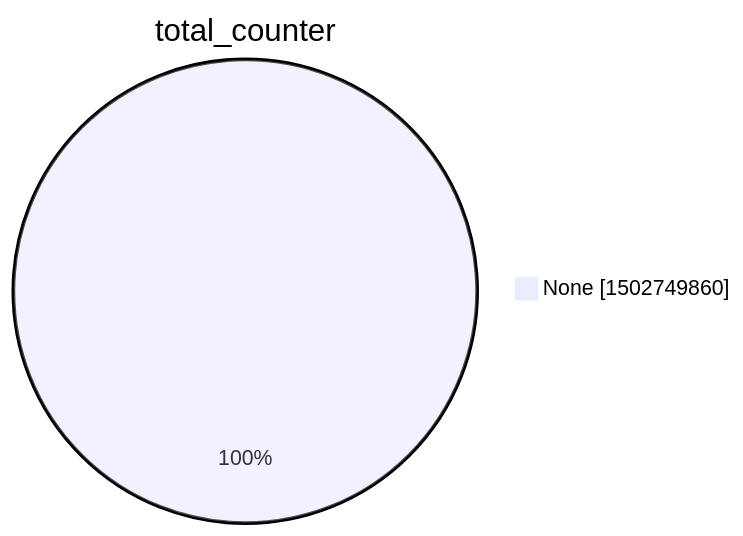
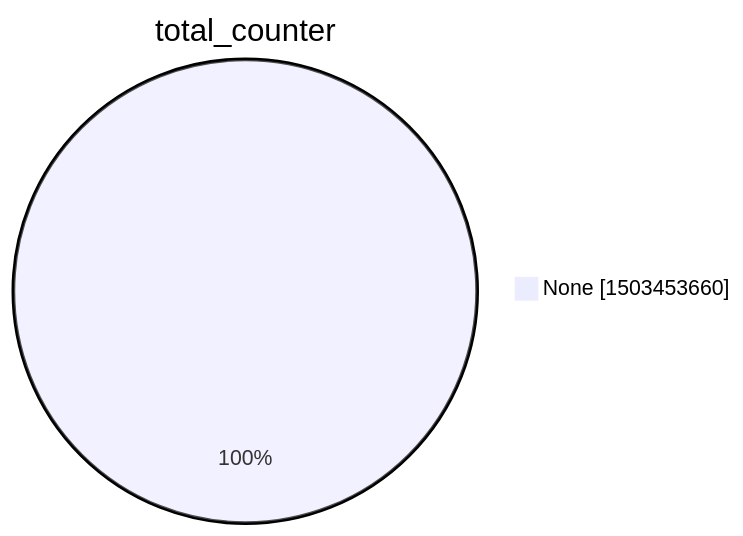
The second of 15 diagrams in xenon2022/README.md (christiankrug/ctmonitor_visualization), drawn with Mermaid before and after one commit. The commit also changed other lines of this file, not shown here.

````diff
--- a/xenon2022/README.md
+++ b/xenon2022/README.md
@@ -9,5 +9,5 @@
 ```mermaid
 pie showData
 title total_counter
-"None" :1502749860
+"None" :1503453660
 ```
````
